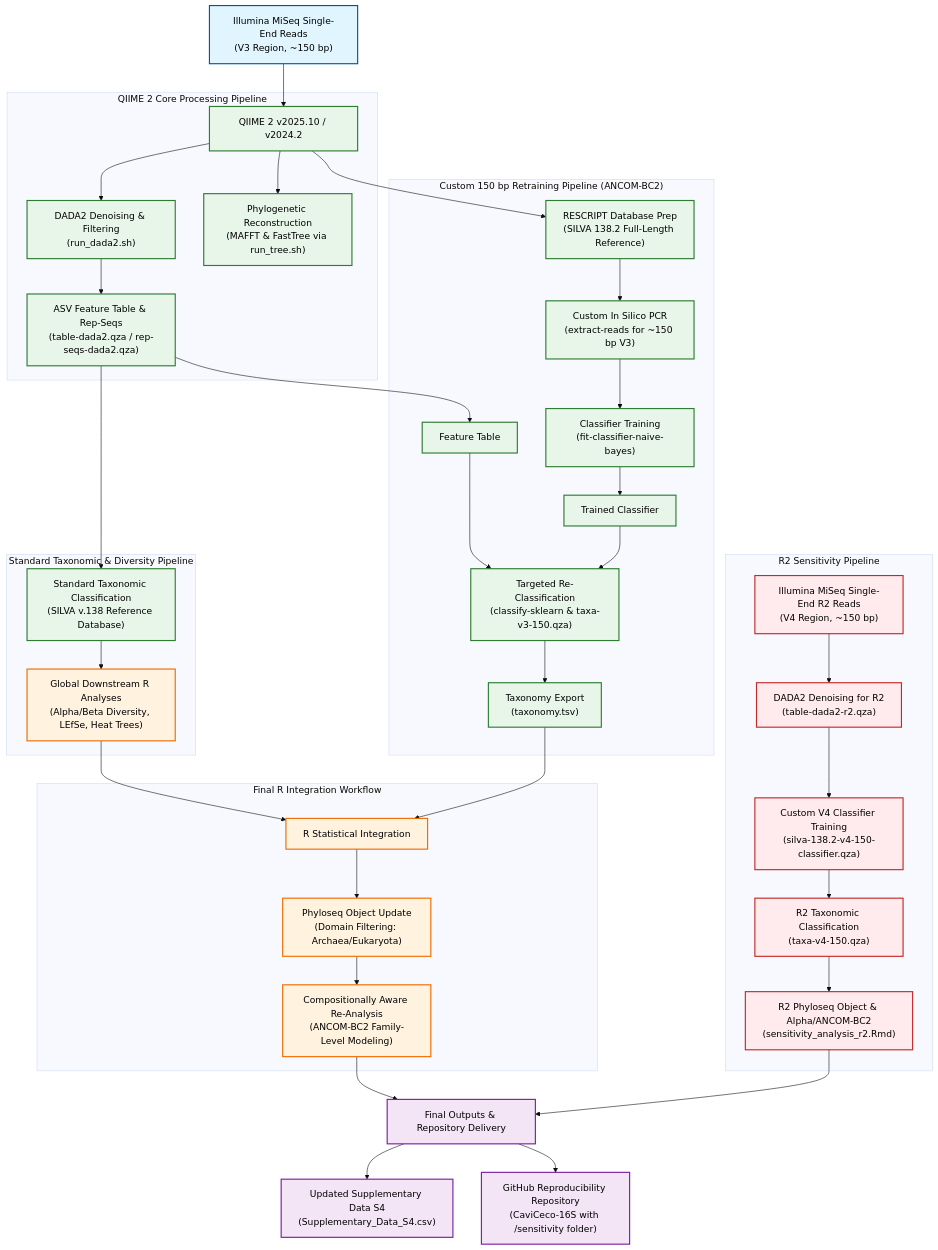
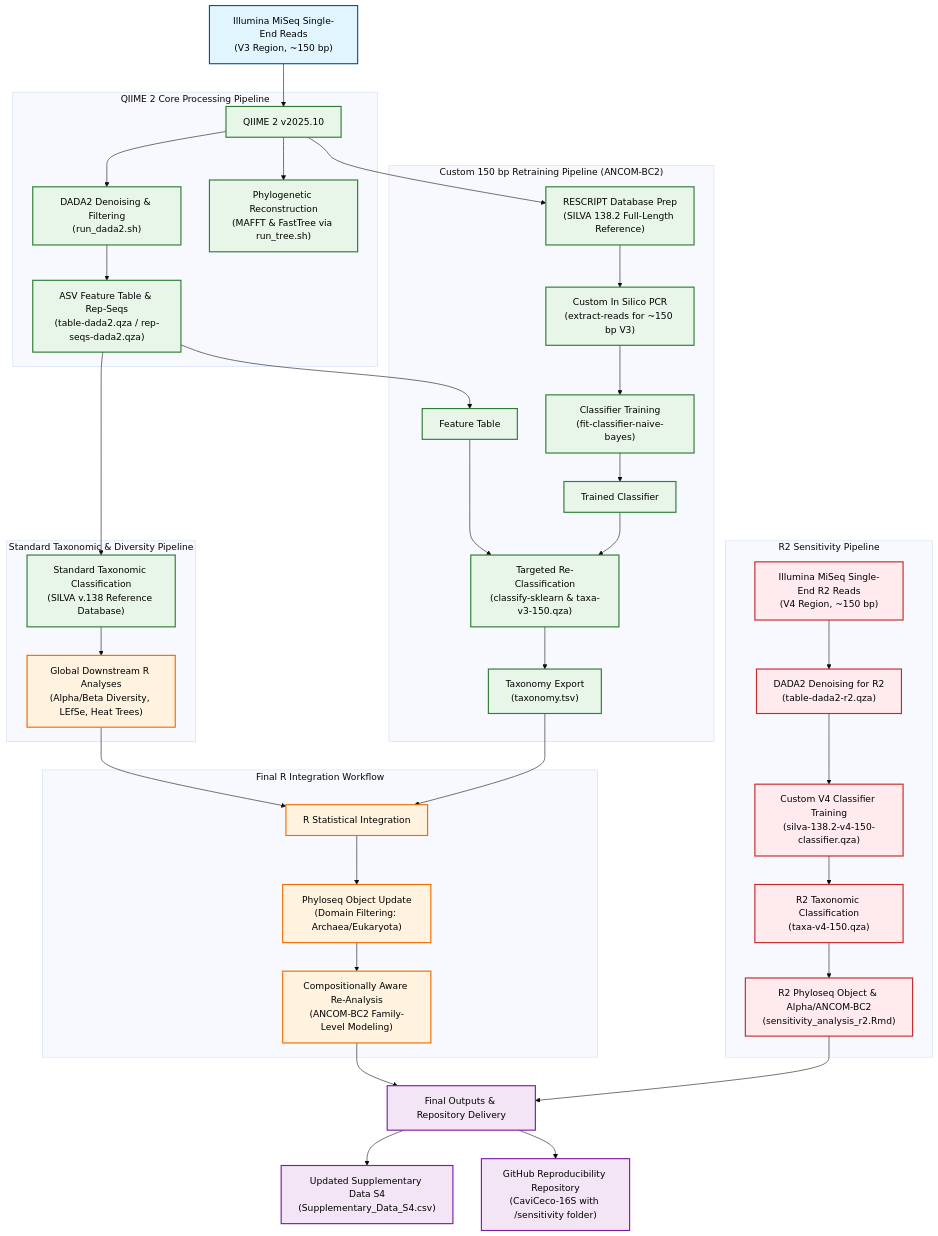
The diagram in README.md (Elcornevic/CaviCeco-16S), drawn with Mermaid (base theme) before and after one commit. The commit also changed other lines of this file, not shown here.

````diff
--- a/README.md
+++ b/README.md
@@ -113,52 +113,52 @@
 ```mermaid
 graph TD
     %% Styling
     classDef process fill:#e1f5fe,stroke:#01579b,stroke-width:2px,color:#000;
     classDef qiime fill:#e8f5e9,stroke:#2e7d32,stroke-width:2px,color:#000;
     classDef rscript fill:#fff3e0,stroke:#ef6c00,stroke-width:2px,color:#000;
     classDef output fill:#f3e5f5,stroke:#7b1fa2,stroke-width:2px,color:#000;
     classDef sensitivity fill:#ffebee,stroke:#c62828,stroke-width:2px,color:#000;
 
-    A["Illumina MiSeq Single-End Reads<br>(V3 Region, ~150 bp)"]:::process --> B["QIIME 2 v2025.10 / v2024.2"]:::qiime
+    A["Illumina MiSeq Single-End Reads<br>(V3 Region, ~150 bp)"]:::process --> B["QIIME 2 v2025.10"]:::qiime
     
     subgraph QIIME2_Core ["QIIME 2 Core Processing Pipeline"]
         B --> C["DADA2 Denoising & Filtering<br>(run_dada2.sh)"]:::qiime
         B --> D["Phylogenetic Reconstruction<br>(MAFFT & FastTree via run_tree.sh)"]:::qiime
         C --> E["ASV Feature Table & Rep-Seqs<br>(table-dada2.qza / rep-seqs-dada2.qza)"]:::qiime
     end
 
     subgraph Standard_Taxonomy ["Standard Taxonomic & Diversity Pipeline"]
         E --> F["Standard Taxonomic Classification<br>(SILVA v.138 Reference Database)"]:::qiime
         F --> G["Global Downstream R Analyses<br>(Alpha/Beta Diversity, LEfSe, Heat Trees)"]:::rscript
     end
 
     subgraph Custom_Classifier ["Custom 150 bp Retraining Pipeline (ANCOM-BC2)"]
         B --> H["RESCRIPT Database Prep<br>(SILVA 138.2 Full-Length Reference)"]:::qiime
         H --> I["Custom In Silico PCR<br>(extract-reads for ~150 bp V3)"]:::qiime
         I --> J["Classifier Training<br>(fit-classifier-naive-bayes)"]:::qiime
         E --> K1["Feature Table"]:::qiime
         J --> K2["Trained Classifier"]:::qiime
         K1 & K2 --> K["Targeted Re-Classification<br>(classify-sklearn & taxa-v3-150.qza)"]:::qiime
         K --> L["Taxonomy Export<br>(taxonomy.tsv)"]:::qiime
     end
 
     subgraph Sensitivity_Pipeline ["R2 Sensitivity Pipeline"]
         S1["Illumina MiSeq Single-End R2 Reads<br>(V4 Region, ~150 bp)"]:::sensitivity --> S2["DADA2 Denoising for R2<br>(table-dada2-r2.qza)"]:::sensitivity
         S2 --> S3["Custom V4 Classifier Training<br>(silva-138.2-v4-150-classifier.qza)"]:::sensitivity
         S3 --> S4["R2 Taxonomic Classification<br>(taxa-v4-150.qza)"]:::sensitivity
         S4 --> S5["R2 Phyloseq Object & Alpha/ANCOM-BC2<br>(sensitivity_analysis_r2.Rmd)"]:::sensitivity
     end
 
     G --> M["R Statistical Integration"]:::rscript
     L --> M
     
     subgraph Final_Integration ["Final R Integration Workflow"]
         M --> N["Phyloseq Object Update<br>(Domain Filtering: Archaea/Eukaryota)"]:::rscript
         N --> O["Compositionally Aware Re-Analysis<br>(ANCOM-BC2 Family-Level Modeling)"]:::rscript
     end
 
     O --> P["Final Outputs & Repository Delivery"]:::output
     S5 --> P
     P --> Q["Updated Supplementary Data S4<br>(Supplementary_Data_S4.csv)"]:::output
     P --> R["GitHub Reproducibility Repository<br>(CaviCeco-16S with /sensitivity folder)"]:::output
 ```
````
